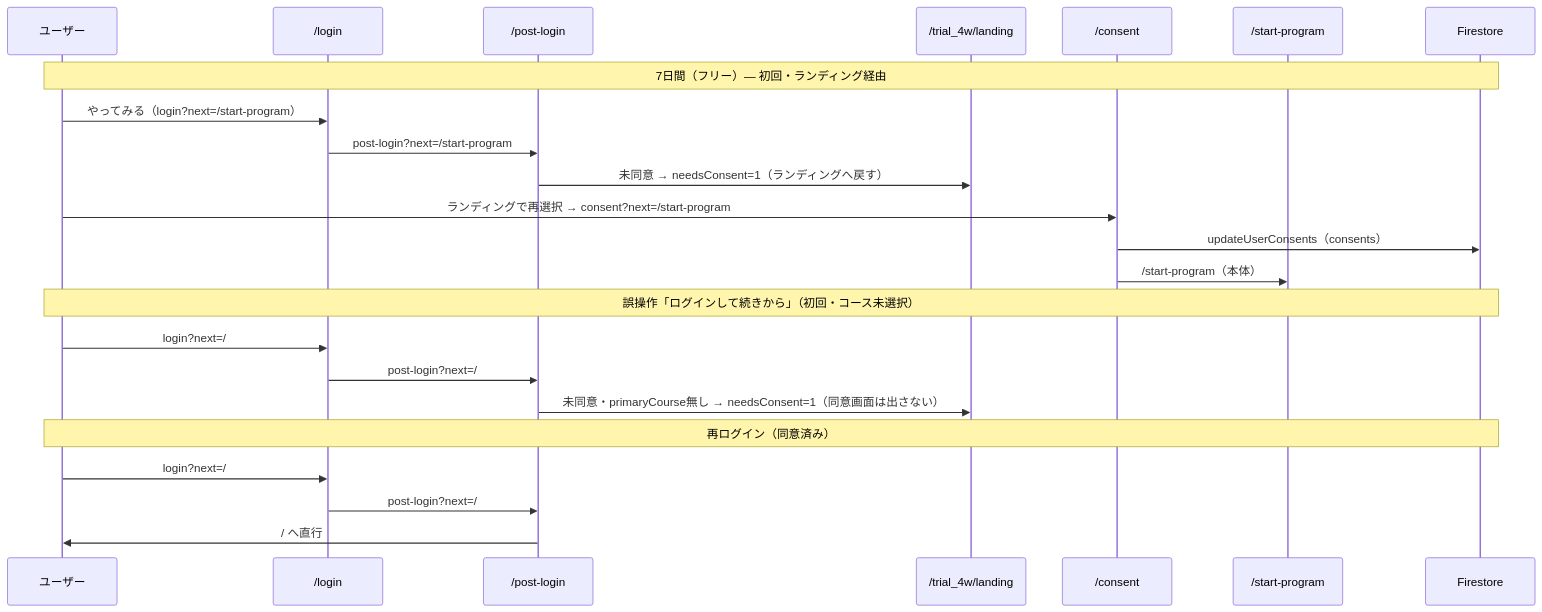
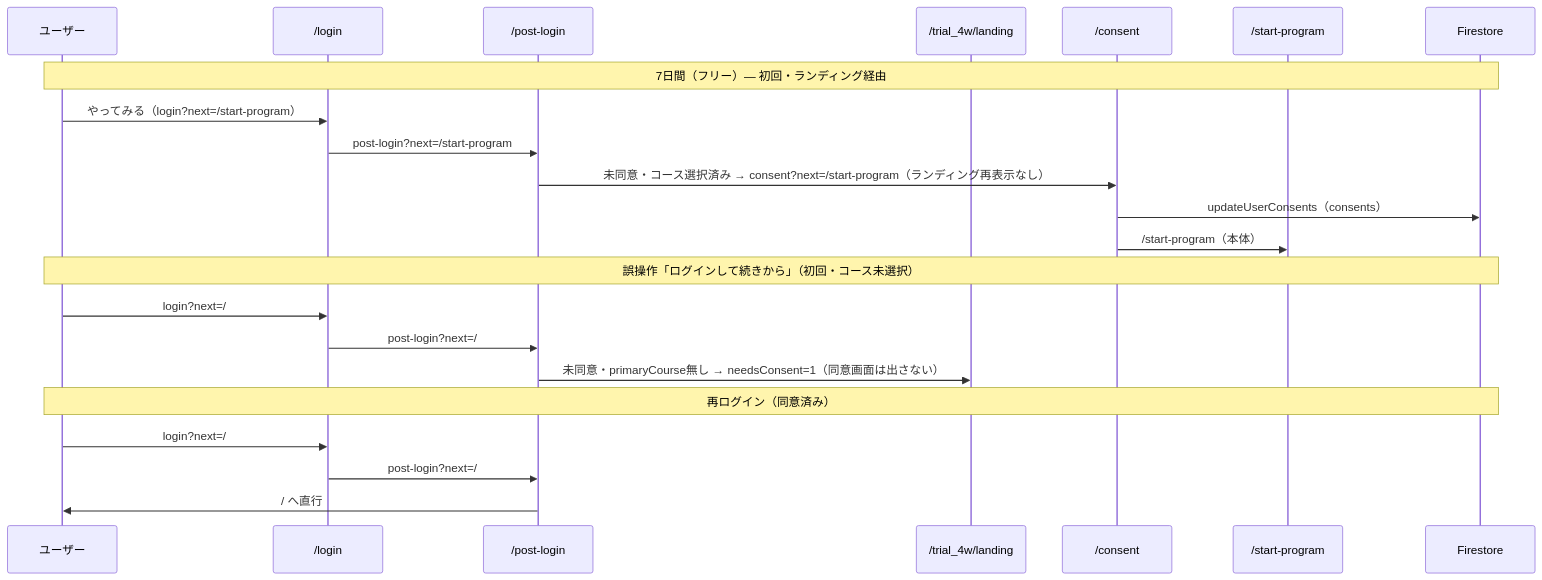
Before and after one commit to Tatsuro-Ikawa/project-02-manabiba: the diagram in docs/manabiba_01/04_HOME_SCREEN_IMPLEMENTATION.md, drawn with Mermaid. The commit also changed 26 other files, not shown here.

````diff
--- a/docs/manabiba_01/04_HOME_SCREEN_IMPLEMENTATION.md
+++ b/docs/manabiba_01/04_HOME_SCREEN_IMPLEMENTATION.md
@@ -106,28 +106,27 @@
 ```mermaid
 sequenceDiagram
   participant U as ユーザー
   participant L as /login
   participant P as /post-login
   participant LD as /trial_4w/landing
   participant C as /consent
   participant S as /start-program
   participant FS as Firestore
 
   Note over U,FS: 7日間（フリー）— 初回・ランディング経由
   U->>L: やってみる（login?next=/start-program）
   L->>P: post-login?next=/start-program
-  P->>LD: 未同意 → needsConsent=1（ランディングへ戻す）
-  U->>C: ランディングで再選択 → consent?next=/start-program
+  P->>C: 未同意・コース選択済み → consent?next=/start-program（ランディング再表示なし）
   C->>FS: updateUserConsents（consents）
   C->>S: /start-program（本体）
 
   Note over U,FS: 誤操作「ログインして続きから」（初回・コース未選択）
   U->>L: login?next=/
   L->>P: post-login?next=/
   P->>LD: 未同意・primaryCourse無し → needsConsent=1（同意画面は出さない）
 
   Note over U,FS: 再ログイン（同意済み）
   U->>L: login?next=/
   L->>P: post-login?next=/
   P->>U: / へ直行
 ```
````
